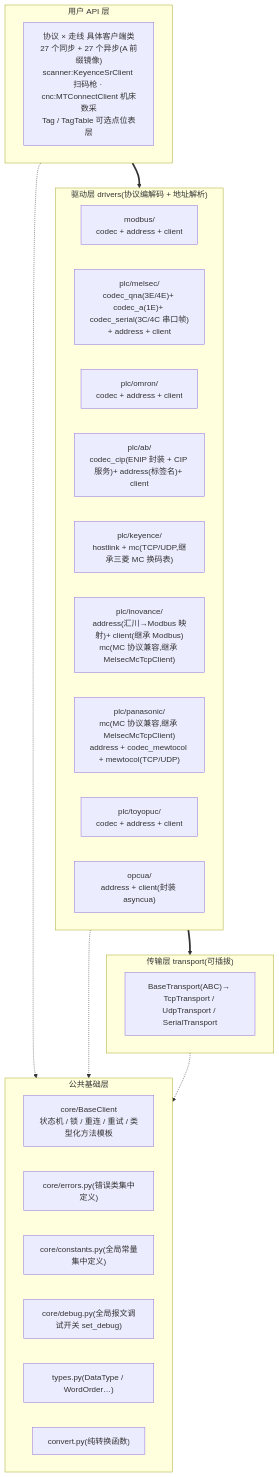
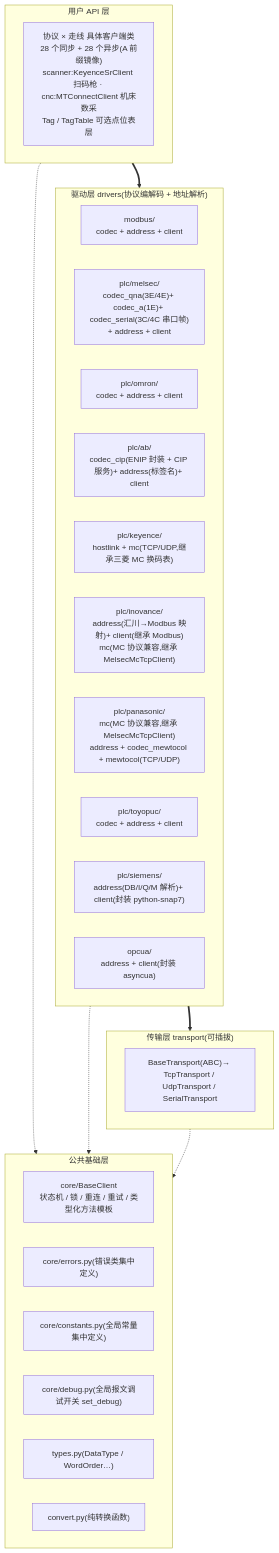
One commit to yunluo/omniplc changed the first of 3 diagrams in docs/architecture.md. Above: the diagram before and after it, drawn with Mermaid. The commit also changed other lines of this file and 10 other files, not shown here.

Commit message:
西门子 S7 驱动:封装 python-snap7 1.3(rack/slot 102;DB/I/Q/M 绝对寻址,尺寸由 DataType 决定大端序,位锁内读改写,S7 String;s7 extra 带 setuptools 修捆绑库定位;RuntimeError 按 GetConnected 连接态翻译,断线惰性重连)

````diff
--- a/docs/architecture.md
+++ b/docs/architecture.md
@@ -13,34 +13,35 @@
 ```mermaid
 flowchart TB
     subgraph UserApi["用户 API 层"]
-        Clients["协议 × 走线 具体客户端类<br/>27 个同步 + 27 个异步(A 前缀镜像)<br/>scanner:KeyenceSrClient 扫码枪 · cnc:MTConnectClient 机床数采<br/>Tag / TagTable 可选点位表层"]
+        Clients["协议 × 走线 具体客户端类<br/>28 个同步 + 28 个异步(A 前缀镜像)<br/>scanner:KeyenceSrClient 扫码枪 · cnc:MTConnectClient 机床数采<br/>Tag / TagTable 可选点位表层"]
     end
     subgraph Drivers["驱动层 drivers(协议编解码 + 地址解析)"]
         Modbus["modbus/<br/>codec + address + client"]
         Melsec["plc/melsec/<br/>codec_qna(3E/4E)+ codec_a(1E)+ codec_serial(3C/4C 串口帧)<br/>+ address + client"]
         Omron["plc/omron/<br/>codec + address + client"]
         Ab["plc/ab/<br/>codec_cip(ENIP 封装 + CIP 服务)+ address(标签名)+ client"]
         Keyence["plc/keyence/<br/>hostlink + mc(TCP/UDP,继承三菱 MC 换码表)"]
         InovanceD["plc/inovance/<br/>address(汇川→Modbus 映射)+ client(继承 Modbus)<br/>mc(MC 协议兼容,继承 MelsecMcTcpClient)"]
         PanasonicD["plc/panasonic/<br/>mc(MC 协议兼容,继承 MelsecMcTcpClient)<br/>address + codec_mewtocol + mewtocol(TCP/UDP)"]
         Toyopuc["plc/toyopuc/<br/>codec + address + client"]
+        SiemensD["plc/siemens/<br/>address(DB/I/Q/M 解析)+ client(封装 python-snap7)"]
         Opcua["opcua/<br/>address + client(封装 asyncua)"]
     end
     subgraph TransportLayer["传输层 transport(可插拔)"]
         TransportList["BaseTransport(ABC)→ TcpTransport / UdpTransport / SerialTransport"]
     end
     subgraph CoreLayer["公共基础层"]
         BaseClientC["core/BaseClient<br/>状态机 / 锁 / 重连 / 重试 / 类型化方法模板"]
         Errors["core/errors.py(错误类集中定义)"]
         Constants["core/constants.py(全局常量集中定义)"]
         DebugC["core/debug.py(全局报文调试开关 set_debug)"]
         TypesC["types.py(DataType / WordOrder…)"]
         ConvertC["convert.py(纯转换函数)"]
     end
 
     UserApi ==> Drivers
     Drivers ==> TransportLayer
     UserApi -.-> CoreLayer
     Drivers -.-> CoreLayer
     TransportLayer -.-> CoreLayer
 ```
````
